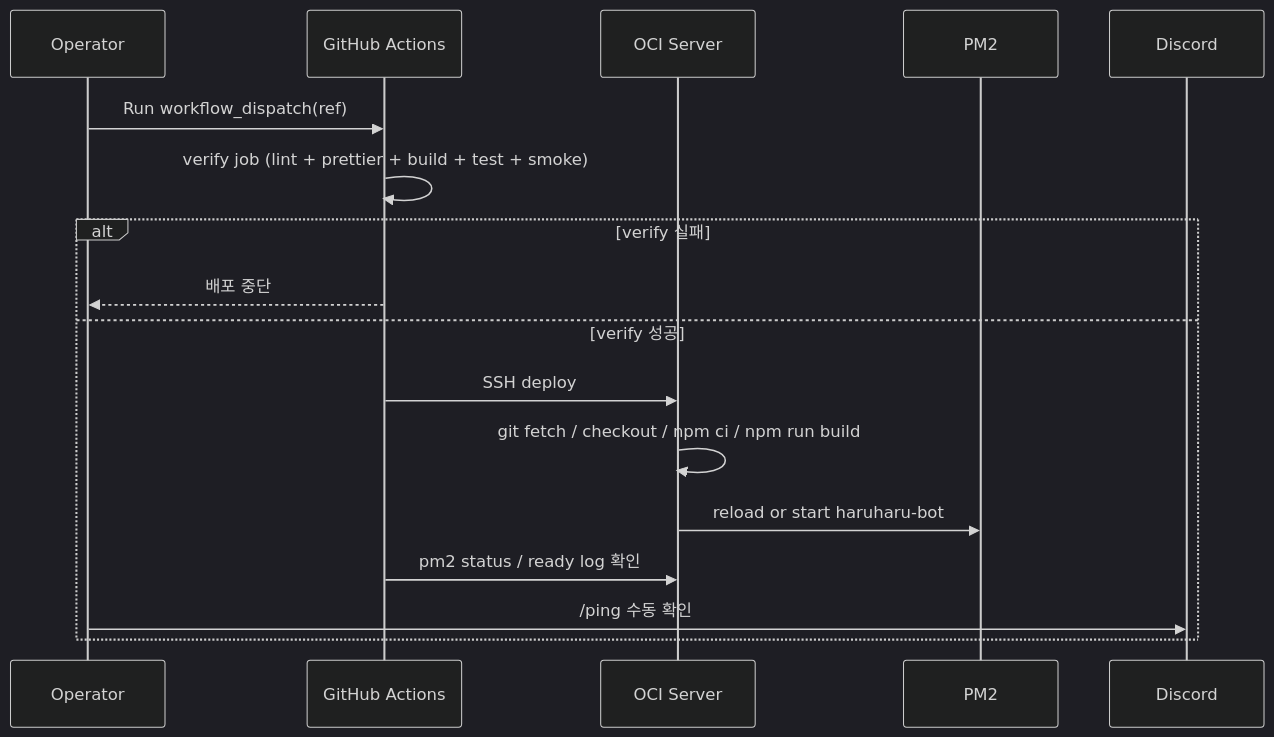
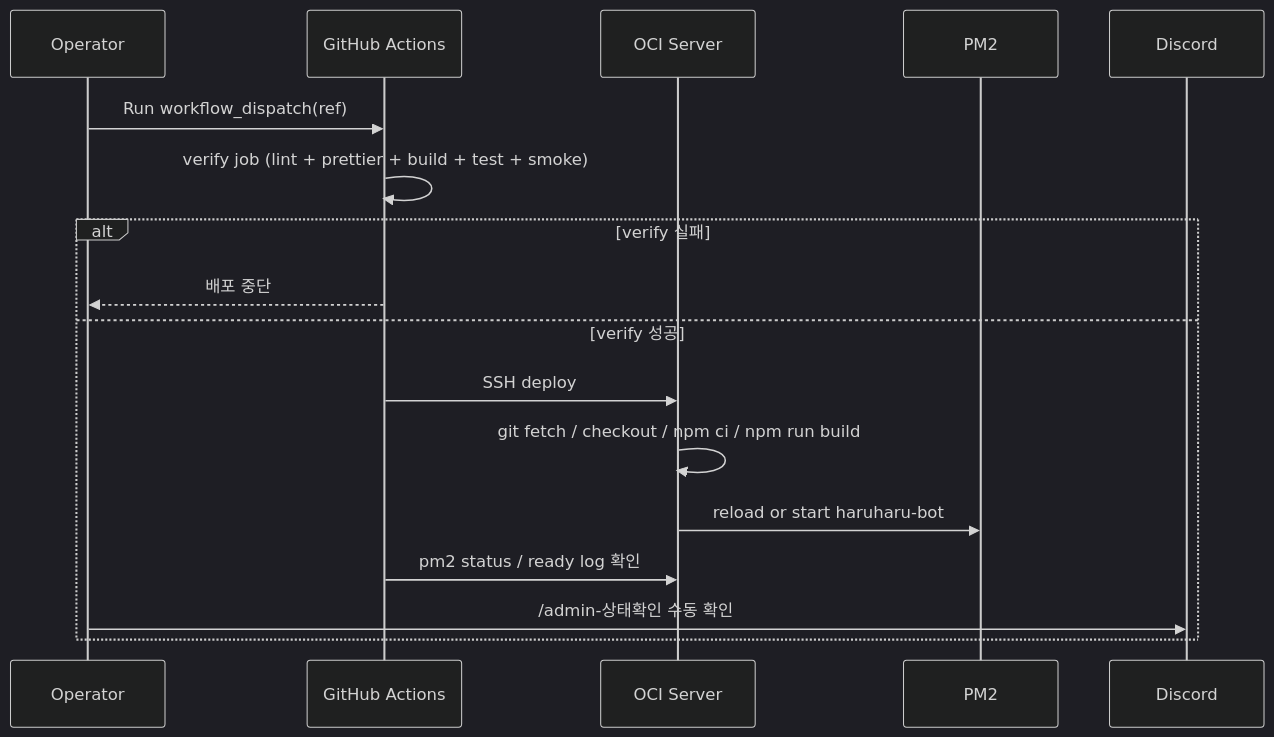
The fifth of 16 diagrams in docs/USER_STORIES.md (honki12345/haruharu-discord-bot), drawn with Mermaid (dark theme) before and after one commit. The commit also changed other lines of this file and 16 other files, not shown here.

````diff
--- a/docs/USER_STORIES.md
+++ b/docs/USER_STORIES.md
@@ -171,21 +173,21 @@
 ```mermaid
 sequenceDiagram
     participant O as Operator
     participant GH as GitHub Actions
     participant OCI as OCI Server
     participant PM2 as PM2
     participant D as Discord
 
     O->>GH: Run workflow_dispatch(ref)
     GH->>GH: verify job (lint + prettier + build + test + smoke)
 
     alt verify 실패
         GH-->>O: 배포 중단
     else verify 성공
         GH->>OCI: SSH deploy
         OCI->>OCI: git fetch / checkout / npm ci / npm run build
         OCI->>PM2: reload or start haruharu-bot
         GH->>OCI: pm2 status / ready log 확인
-        O->>D: /ping 수동 확인
+        O->>D: /admin-상태확인 수동 확인
     end
 ```
````
